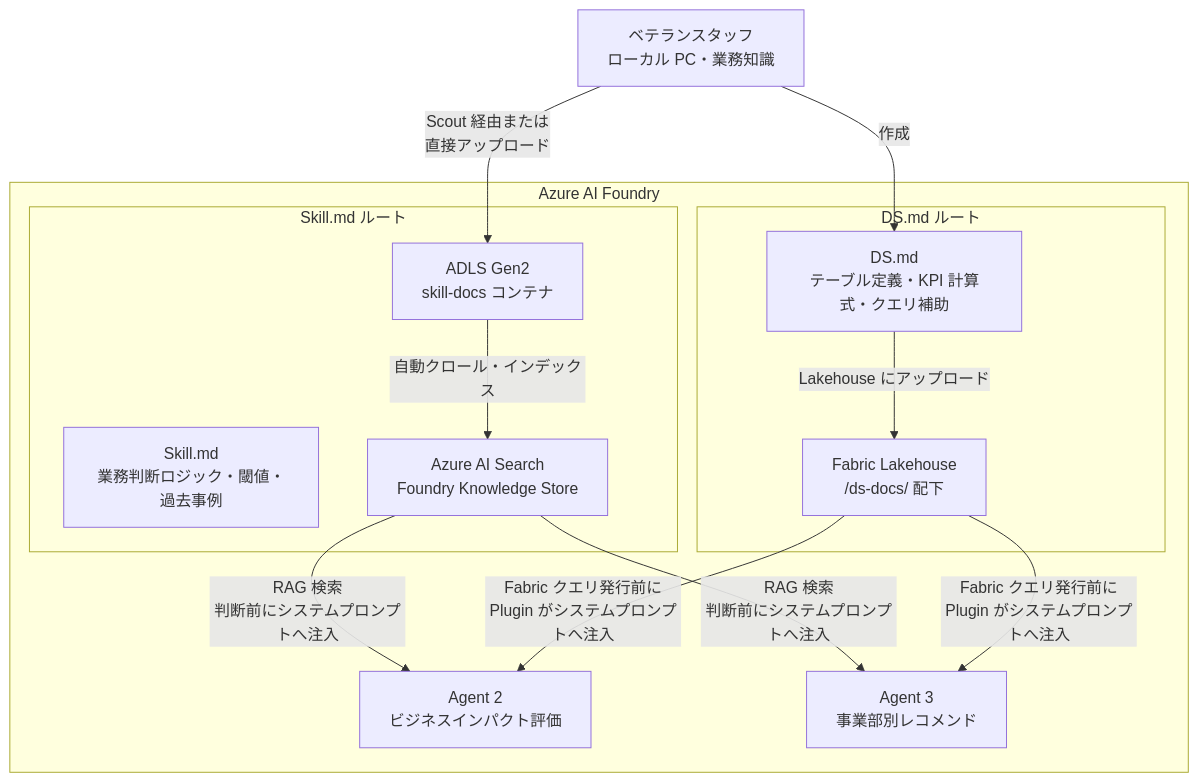
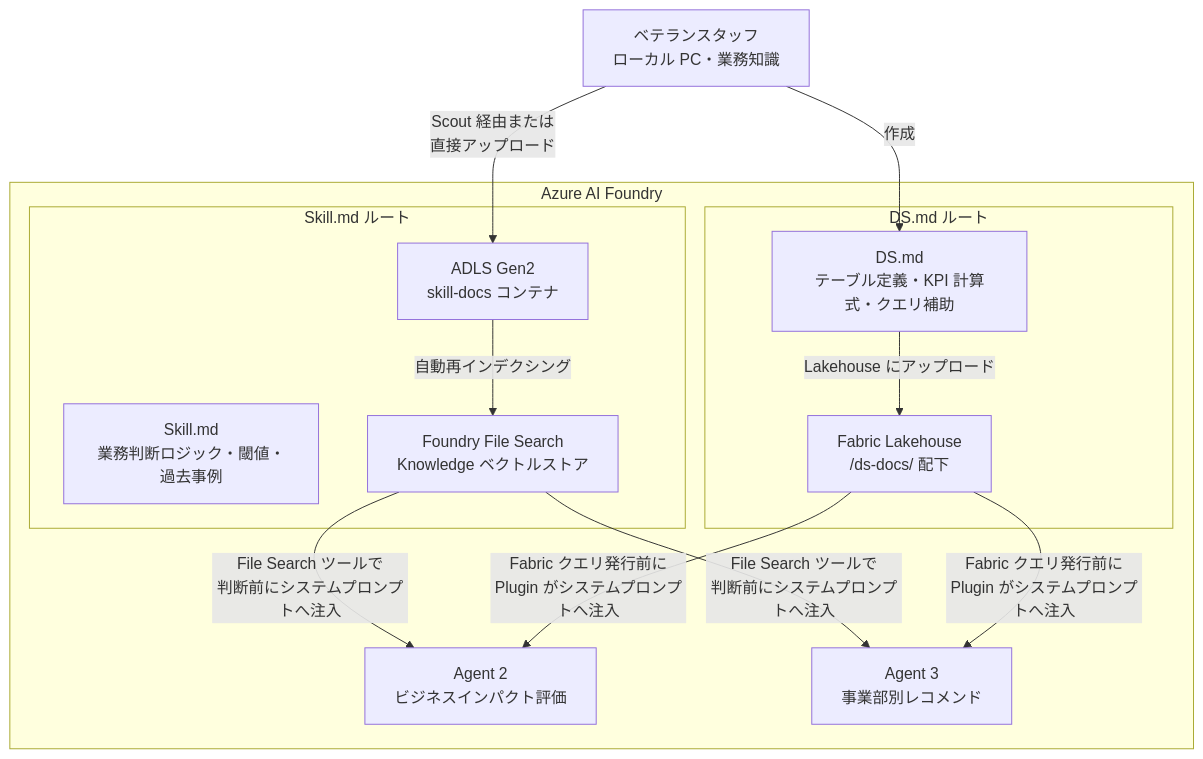
One commit to Takas0522/nexus6-se-workshop changed the second of 2 diagrams in docs/dev-plan/08-skill-ds-design.md. Above: the diagram before and after it, drawn with Mermaid. The commit also changed other lines of this file and 14 other files, not shown here.

````diff
--- a/docs/dev-plan/08-skill-ds-design.md
+++ b/docs/dev-plan/08-skill-ds-design.md
@@ -67,28 +69,28 @@
 ```mermaid
 flowchart TD
     VE["ベテランスタッフ\nローカル PC・業務知識"]
 
     subgraph FOUNDRY["Azure AI Foundry"]
         subgraph SK_path["Skill.md ルート"]
             SK["Skill.md\n業務判断ロジック・閾値・過去事例"]
             BLOB["ADLS Gen2\nskill-docs コンテナ"]
-            AISEARCH["Azure AI Search\nFoundry Knowledge Store"]
+            FILESEARCH["Foundry File Search\nKnowledge ベクトルストア"]
         end
 
         subgraph DS_path["DS.md ルート"]
             DS["DS.md\nテーブル定義・KPI 計算式・クエリ補助"]
             FAB["Fabric Lakehouse\n/ds-docs/ 配下"]
         end
 
         A2["Agent 2\nビジネスインパクト評価"]
         A3["Agent 3\n事業部別レコメンド"]
     end
 
     VE -->|"Scout 経由または\n直接アップロード"| BLOB
     VE -->|作成| DS
-    BLOB -->|自動クロール・インデックス| AISEARCH
+    BLOB -->|自動再インデクシング| FILESEARCH
     DS -->|Lakehouse にアップロード| FAB
 
-    AISEARCH -->|"RAG 検索\n判断前にシステムプロンプトへ注入"| A2 & A3
+    FILESEARCH -->|"File Search ツールで\n判断前にシステムプロンプトへ注入"| A2 & A3
     FAB -->|"Fabric クエリ発行前に\nPlugin がシステムプロンプトへ注入"| A2 & A3
 ```
````
